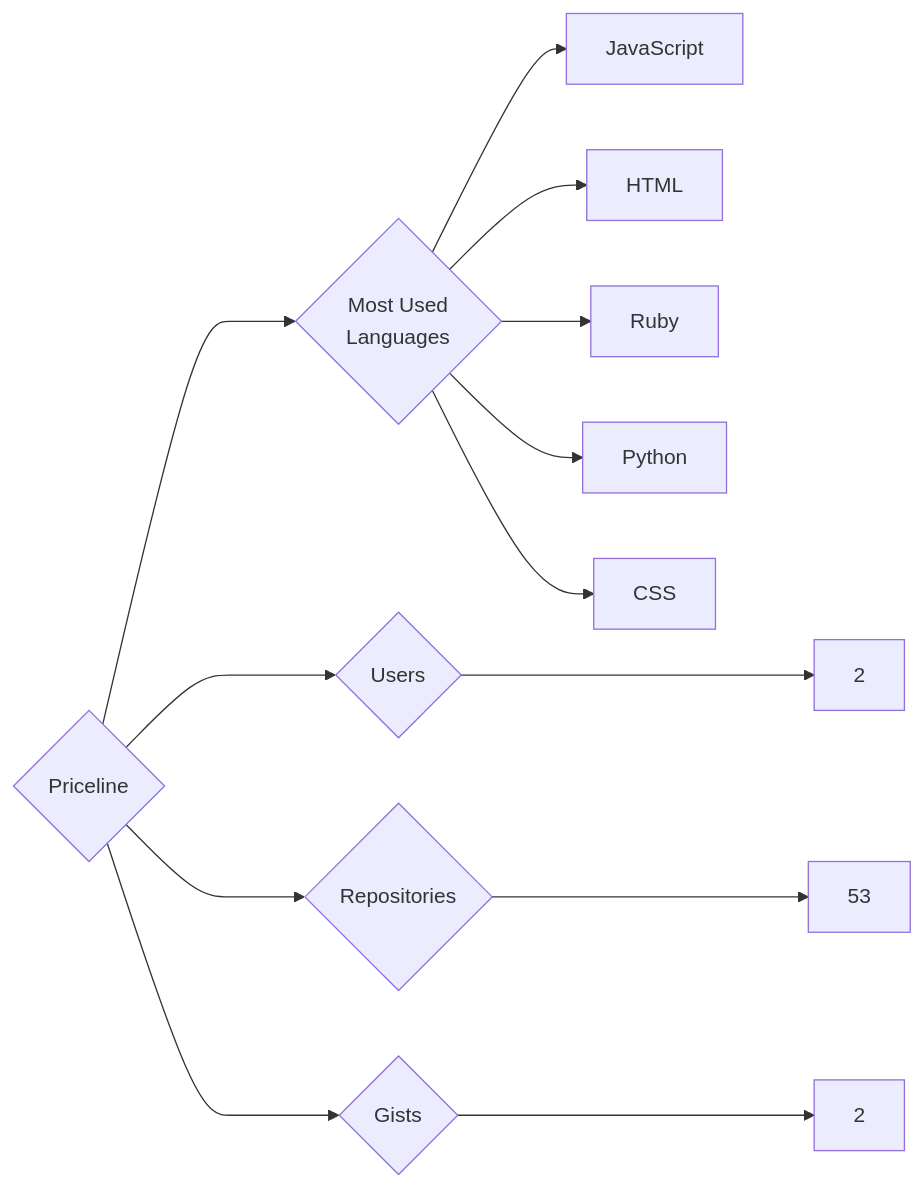
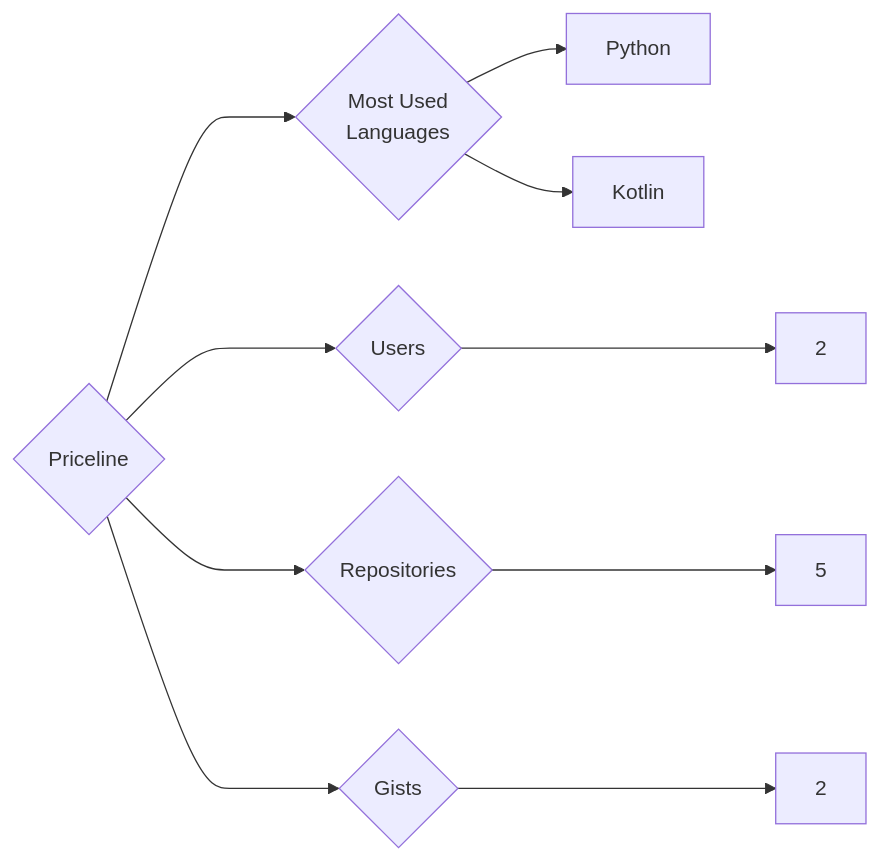
The diagram in targets/Priceline/README.md (trickest/insiders), drawn with Mermaid before and after one commit. The commit also changed 912 other files, not shown here.

````diff
--- a/targets/Priceline/README.md
+++ b/targets/Priceline/README.md
@@ -3,13 +3,10 @@
 ```mermaid
 graph LR
 COMPANY_NAME{Priceline}
 COMPANY_NAME ---> U{Users} ---> UN[2]
-COMPANY_NAME ---> R{Repositories} ---> RN[53]
+COMPANY_NAME ---> R{Repositories} ---> RN[5]
 COMPANY_NAME ---> G{Gists} ---> GN[2]
 COMPANY_NAME ---> ML{Most Used<br>Languages}
-ML --> JavaScript[JavaScript]
-ML --> HTML[HTML]
-ML --> Ruby[Ruby]
 ML --> Python[Python]
-ML --> CSS[CSS]
+ML --> Kotlin[Kotlin]
 ```
````
